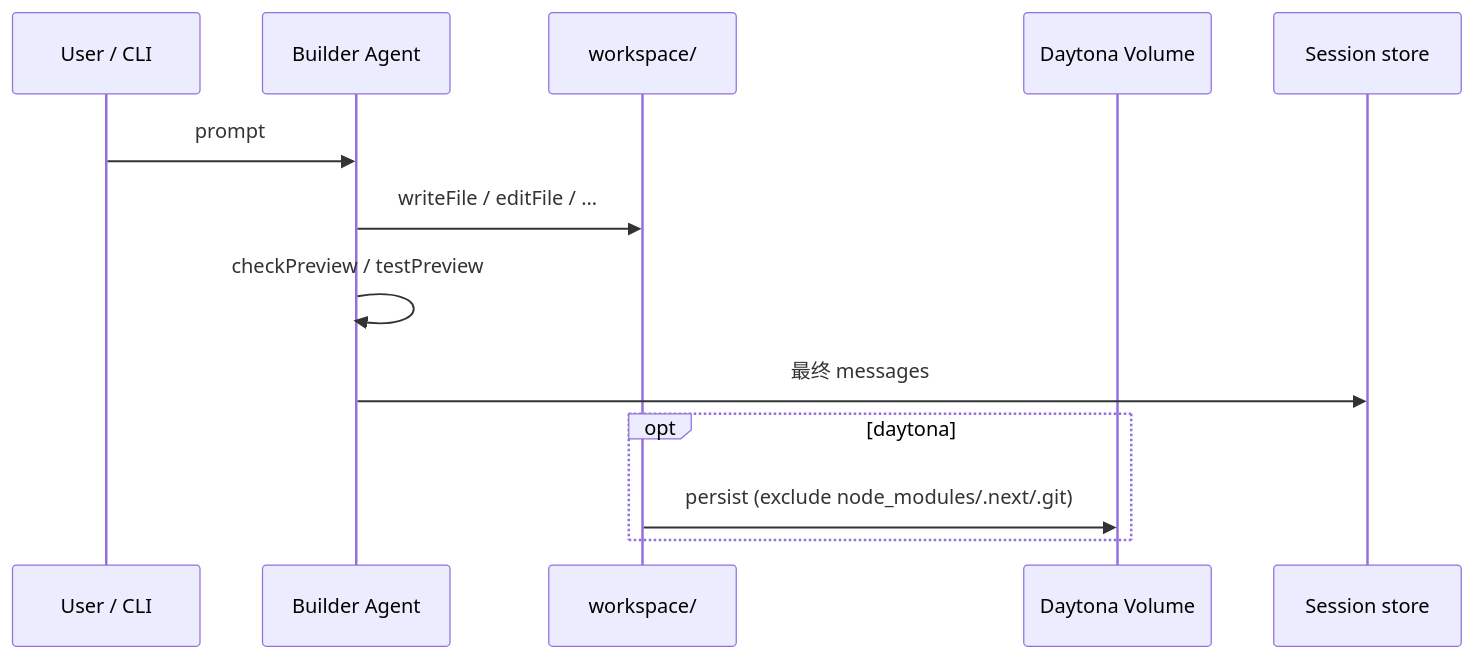
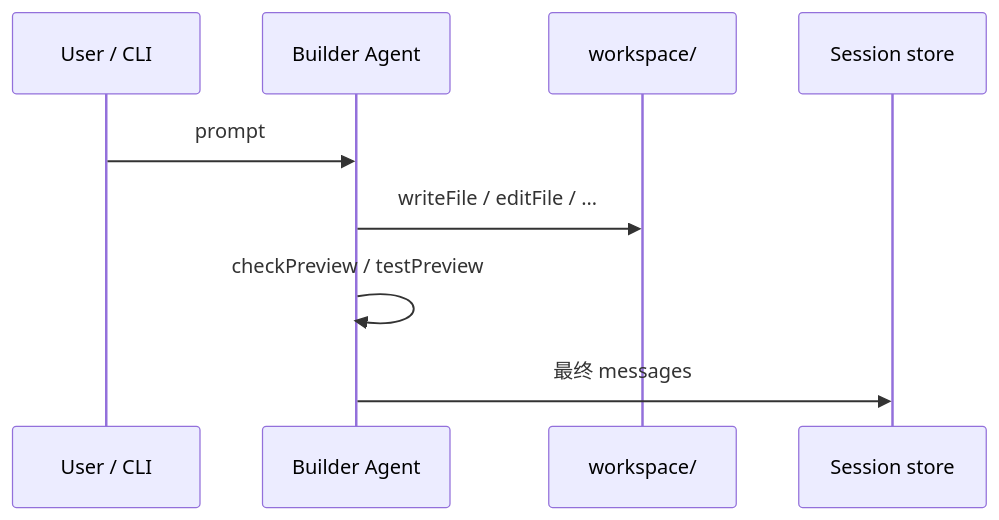
Before and after one commit to 1nFrastr/baby-lovable: the diagram in docs/DATA-MODEL.md, drawn with Mermaid. The commit also changed other lines of this file and 6 other files, not shown here.

First line of the commit message:
chore: remove Daytona Volume persistence from docs and schema

````diff
--- a/docs/DATA-MODEL.md
+++ b/docs/DATA-MODEL.md
@@ -46,16 +42,12 @@
 ```mermaid
 sequenceDiagram
   participant U as User / CLI
   participant A as Builder Agent
   participant W as workspace/
-  participant V as Daytona Volume
   participant S as Session store
 
   U->>A: prompt
   A->>W: writeFile / editFile / …
   A->>A: checkPreview / testPreview
   A->>S: 最终 messages
-  opt daytona
-    W->>V: persist (exclude node_modules/.next/.git)
-  end
 ```
````
